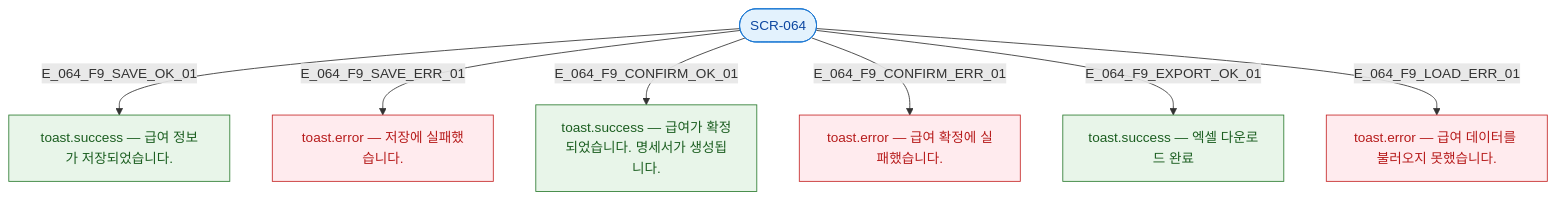
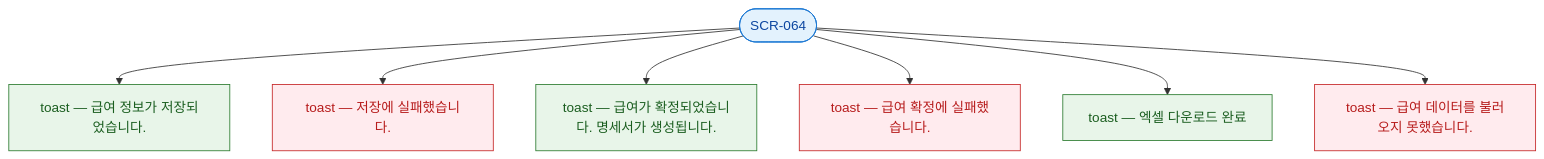
Before and after one commit to dev-spogym/admin-pando: the diagram in docs/다이어그램/D07_직원관리/SCR-064_급여관리/F9_토스트피드백.md, drawn with Mermaid. The commit also changed other lines of this file and 1660 other files, not shown here.

First line of the commit message:
다이어그램: 기획자/클라이언트 납품본으로 정리

````diff
--- a/docs/다이어그램/D07_직원관리/SCR-064_급여관리/F9_토스트피드백.md
+++ b/docs/다이어그램/D07_직원관리/SCR-064_급여관리/F9_토스트피드백.md
@@ -14,18 +12,18 @@
 ```mermaid
 flowchart TD
   SCR_064([SCR-064])
-  SCR_064 -->|E_064_F9_SAVE_OK_01| T1[toast.success — 급여 정보가 저장되었습니다.]
-  SCR_064 -->|E_064_F9_SAVE_ERR_01| T2[toast.error — 저장에 실패했습니다.]
-  SCR_064 -->|E_064_F9_CONFIRM_OK_01| T3[toast.success — 급여가 확정되었습니다. 명세서가 생성됩니다.]
-  SCR_064 -->|E_064_F9_CONFIRM_ERR_01| T4[toast.error — 급여 확정에 실패했습니다.]
-  SCR_064 -->|E_064_F9_EXPORT_OK_01| T5[toast.success — 엑셀 다운로드 완료]
-  SCR_064 -->|E_064_F9_LOAD_ERR_01| T6[toast.error — 급여 데이터를 불러오지 못했습니다.]
+  SCR_064 --> T1[toast — 급여 정보가 저장되었습니다.]
+  SCR_064 --> T2[toast — 저장에 실패했습니다.]
+  SCR_064 --> T3[toast — 급여가 확정되었습니다. 명세서가 생성됩니다.]
+  SCR_064 --> T4[toast — 급여 확정에 실패했습니다.]
+  SCR_064 --> T5[toast — 엑셀 다운로드 완료]
+  SCR_064 --> T6[toast — 급여 데이터를 불러오지 못했습니다.]
 
-  classDef screen  fill:#E3F2FD,stroke:#1976D2,color:#0D47A1
+  classDef screen fill:#E3F2FD,stroke:#1976D2,color:#0D47A1
   classDef success fill:#E8F5E9,stroke:#2E7D32,color:#1B5E20
-  classDef error   fill:#FFEBEE,stroke:#C62828,color:#B71C1C
+  classDef error fill:#FFEBEE,stroke:#C62828,color:#B71C1C
 
   class SCR_064 screen
   class T1,T3,T5 success
   class T2,T4,T6 error
 ```
````
